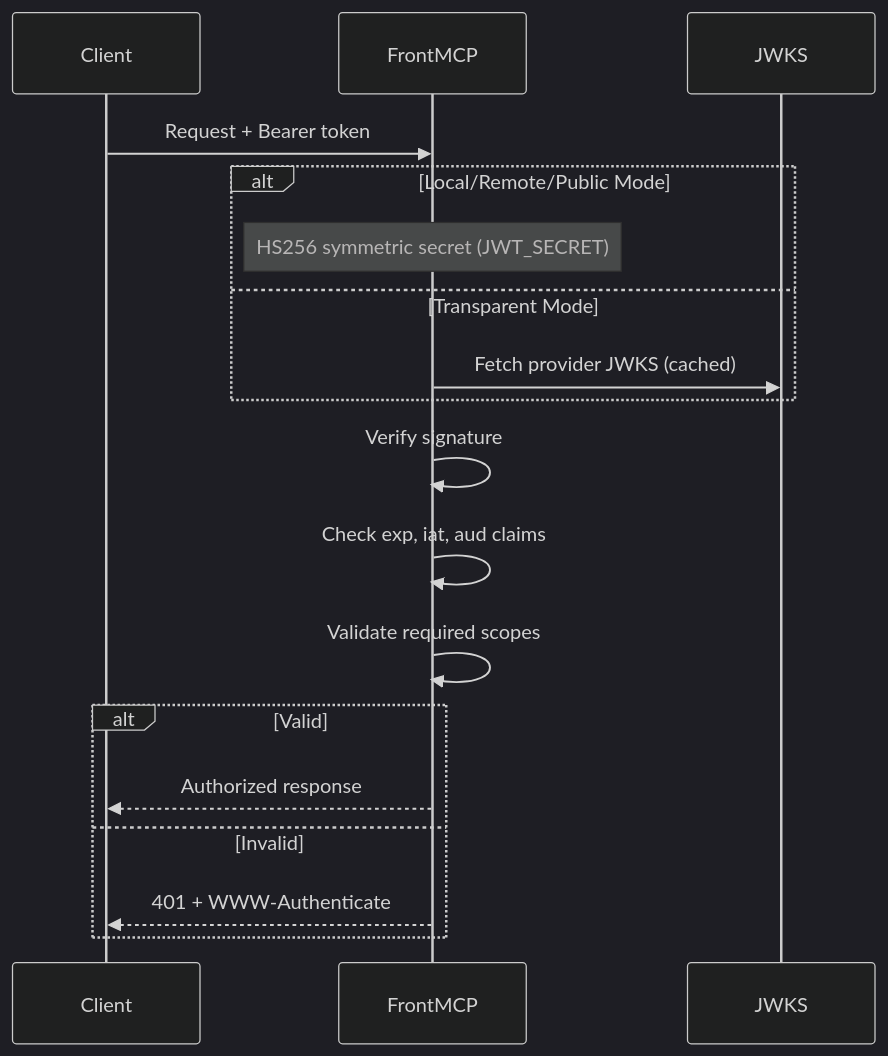
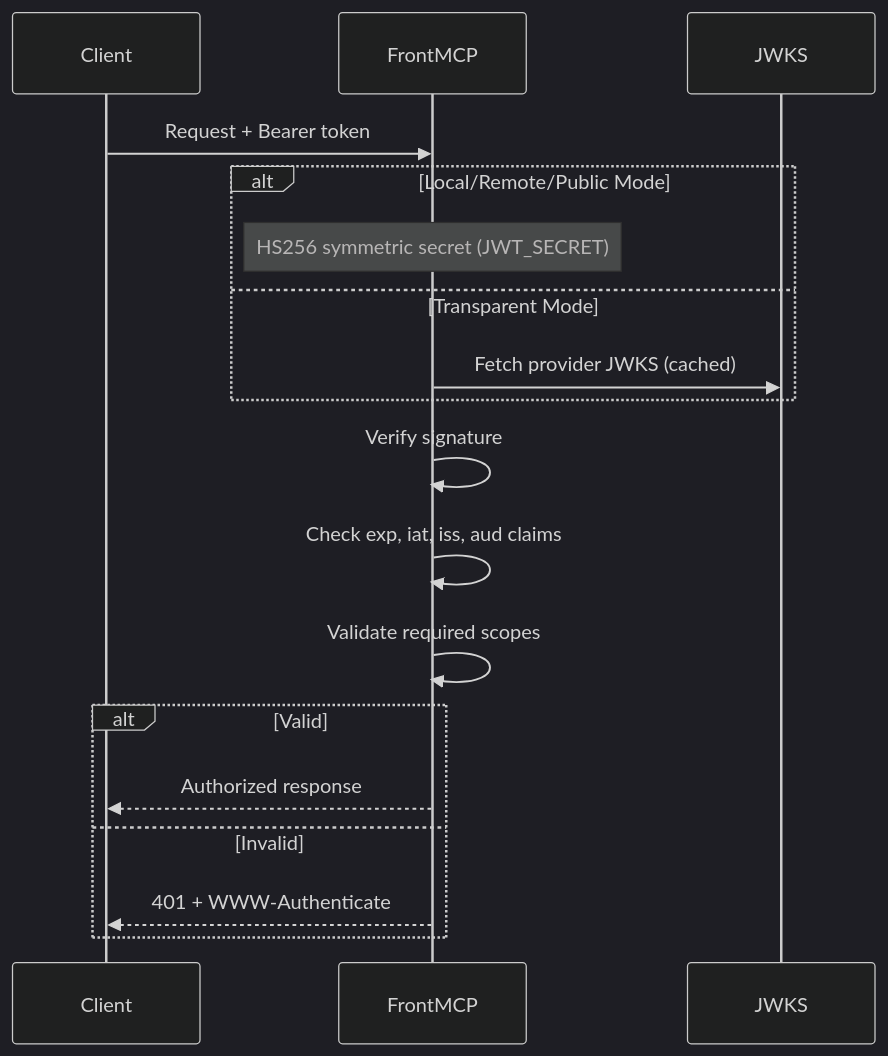
One commit to agentfront/frontmcp changed the second of 2 diagrams in docs/frontmcp/authentication/token.mdx. Above: the diagram before and after it, drawn with Mermaid (dark theme). The commit also changed other lines of this file and 54 other files, not shown here.

````diff
--- a/docs/frontmcp/authentication/token.mdx
+++ b/docs/frontmcp/authentication/token.mdx
@@ -339,24 +339,24 @@
 ```mermaid
 sequenceDiagram
     participant Client
     participant FrontMCP
     participant JWKS
 
     Client->>FrontMCP: Request + Bearer token
 
     alt Local/Remote/Public Mode
         Note over FrontMCP: HS256 symmetric secret (JWT_SECRET)
     else Transparent Mode
         FrontMCP->>JWKS: Fetch provider JWKS (cached)
     end
 
     FrontMCP->>FrontMCP: Verify signature
-    FrontMCP->>FrontMCP: Check exp, iat, aud claims
+    FrontMCP->>FrontMCP: Check exp, iat, iss, aud claims
     FrontMCP->>FrontMCP: Validate required scopes
 
     alt Valid
         FrontMCP-->>Client: Authorized response
     else Invalid
         FrontMCP-->>Client: 401 + WWW-Authenticate
     end
 ```
````
